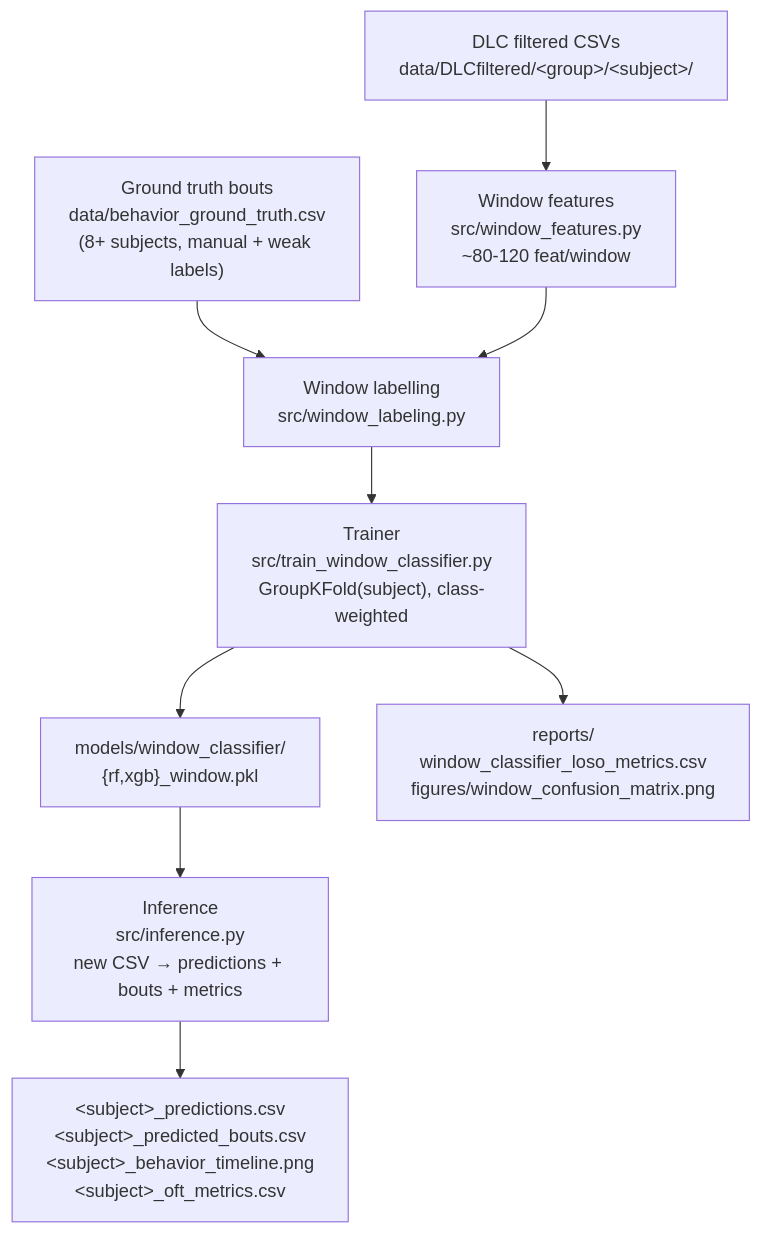
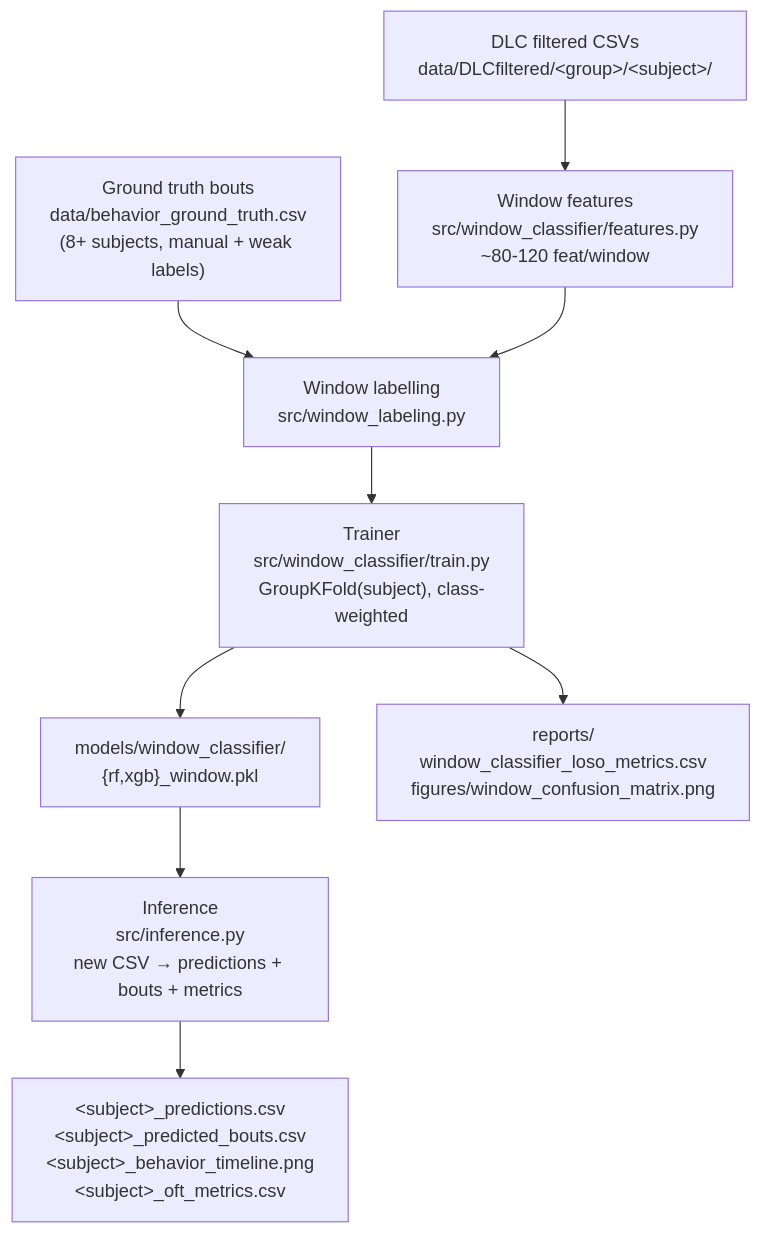
Before and after one commit to Kaankzlyar/RatBehaviorAnalyze: the diagram in docs/window_classifier_plan.md, drawn with Mermaid. The commit also changed other lines of this file and 6 other files, not shown here.

First line of the commit message:
feat(window-classifier): grooming features + package reorg

````diff
--- a/docs/window_classifier_plan.md
+++ b/docs/window_classifier_plan.md
@@ -40,11 +40,11 @@
 ```mermaid
 flowchart TD
     GT["Ground truth bouts<br/>data/behavior_ground_truth.csv<br/>(8+ subjects, manual + weak labels)"] --> WL["Window labelling<br/>src/window_labeling.py"]
-    DLC["DLC filtered CSVs<br/>data/DLCfiltered/&lt;group&gt;/&lt;subject&gt;/"] --> WF["Window features<br/>src/window_features.py<br/>~80-120 feat/window"]
+    DLC["DLC filtered CSVs<br/>data/DLCfiltered/&lt;group&gt;/&lt;subject&gt;/"] --> WF["Window features<br/>src/window_classifier/features.py<br/>~80-120 feat/window"]
     WF --> WL
-    WL --> TR["Trainer<br/>src/train_window_classifier.py<br/>GroupKFold(subject), class-weighted"]
+    WL --> TR["Trainer<br/>src/window_classifier/train.py<br/>GroupKFold(subject), class-weighted"]
     TR --> M["models/window_classifier/<br/>{rf,xgb}_window.pkl"]
     TR --> RP["reports/<br/>window_classifier_loso_metrics.csv<br/>figures/window_confusion_matrix.png"]
     M --> INF["Inference<br/>src/inference.py<br/>new CSV → predictions + bouts + metrics"]
     INF --> OUT["&lt;subject&gt;_predictions.csv<br/>&lt;subject&gt;_predicted_bouts.csv<br/>&lt;subject&gt;_behavior_timeline.png<br/>&lt;subject&gt;_oft_metrics.csv"]
 ```
````
